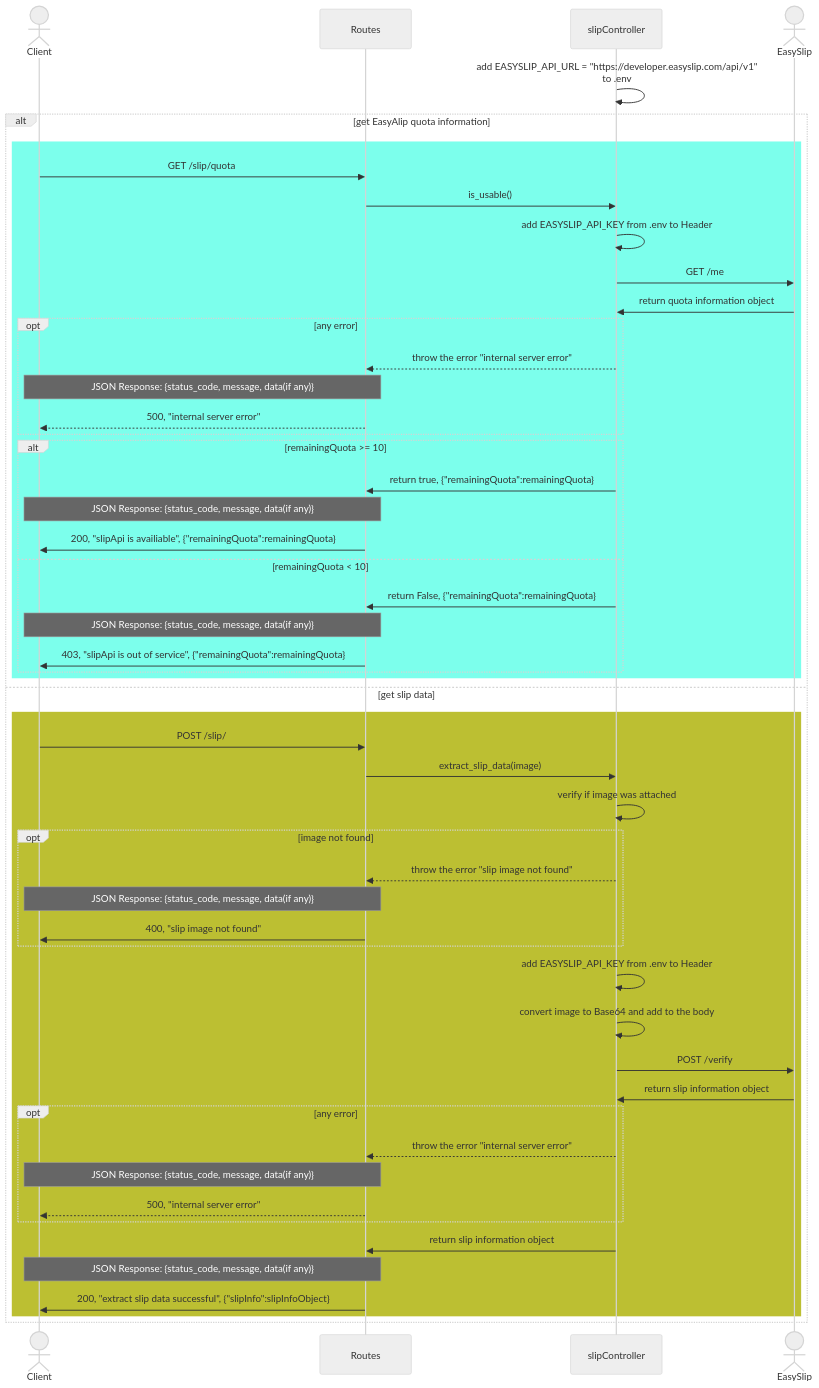
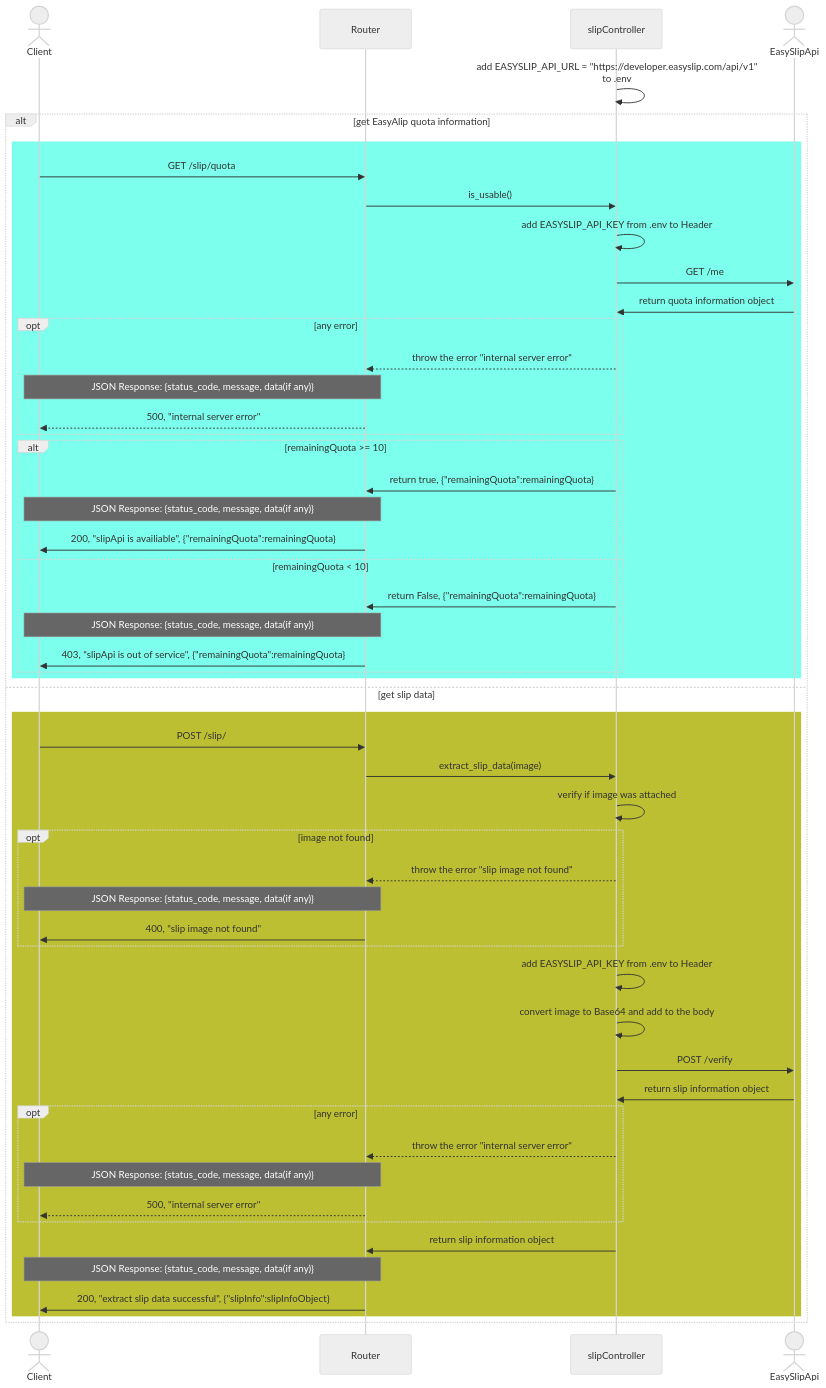
One commit to SawatKia/WealthTracking changed the diagram in design/api/EasySlip.mmd. Above: the diagram before and after it, drawn with Mermaid (neutral theme). The commit also changed 7 other files, not shown here.

Commit message:
change Routes to Router

```diff
--- a/design/api/EasySlip.mmd
+++ b/design/api/EasySlip.mmd
@@ -1,54 +1,54 @@
 sequenceDiagram
     Actor Client
-    participant Routes
+    participant Router
     participant Cont as slipController
-    Actor Api as EasySlip
+    Actor Api as EasySlipApi
 
     Cont->>Cont: add EASYSLIP_API_URL = "https://developer.easyslip.com/api/v1"<br>to .env
     alt get EasyAlip quota information
         rect rgb(124,255,236)
-            Client->>Routes: GET /slip/quota
-            Routes->>Cont: is_usable()
+            Client->>Router: GET /slip/quota
+            Router->>Cont: is_usable()
             Cont->>Cont: add EASYSLIP_API_KEY from .env to Header
             Cont->>Api: GET /me
             Api->>Cont: return quota information object
             opt any error
-                Cont-->>Routes: throw the error "internal server error"
-                Note over Routes,Client: JSON Response: {status_code, message, data(if any)}
-                Routes-->>Client: 500, "internal server error"
+                Cont-->>Router: throw the error "internal server error"
+                Note over Router,Client: JSON Response: {status_code, message, data(if any)}
+                Router-->>Client: 500, "internal server error"
             end
             alt remainingQuota >= 10
-                Cont->>Routes: return true, {"remainingQuota":remainingQuota}
-                Note over Routes,Client: JSON Response: {status_code, message, data(if any)}
-                Routes->>Client: 200, "slipApi is availiable", {"remainingQuota":remainingQuota} 
+                Cont->>Router: return true, {"remainingQuota":remainingQuota}
+                Note over Router,Client: JSON Response: {status_code, message, data(if any)}
+                Router->>Client: 200, "slipApi is availiable", {"remainingQuota":remainingQuota} 
             else remainingQuota < 10
-                Cont->>Routes: return False, {"remainingQuota":remainingQuota}
-                Note over Routes,Client: JSON Response: {status_code, message, data(if any)}
-                Routes->>Client: 403, "slipApi is out of service", {"remainingQuota":remainingQuota}
+                Cont->>Router: return False, {"remainingQuota":remainingQuota}
+                Note over Router,Client: JSON Response: {status_code, message, data(if any)}
+                Router->>Client: 403, "slipApi is out of service", {"remainingQuota":remainingQuota}
             end
 
         end
     else get slip data
         rect rgb(188,191,50)
-            Client->>Routes: POST /slip/
-            Routes->>Cont: extract_slip_data(image)
+            Client->>Router: POST /slip/
+            Router->>Cont: extract_slip_data(image)
             Cont->>Cont: verify if image was attached
             opt image not found
-                Cont-->>Routes:throw the error "slip image not found"
-                Note over Routes,Client: JSON Response: {status_code, message, data(if any)}
-                Routes->>Client: 400, "slip image not found"
+                Cont-->>Router:throw the error "slip image not found"
+                Note over Router,Client: JSON Response: {status_code, message, data(if any)}
+                Router->>Client: 400, "slip image not found"
             end
             Cont->>Cont: add EASYSLIP_API_KEY from .env to Header
             Cont->>Cont: convert image to Base64 and add to the body
             Cont->>Api: POST /verify
             Api->>Cont: return slip information object
             opt any error
-                Cont-->>Routes: throw the error "internal server error"
-                Note over Routes,Client: JSON Response: {status_code, message, data(if any)}
-                Routes-->>Client: 500, "internal server error"
+                Cont-->>Router: throw the error "internal server error"
+                Note over Router,Client: JSON Response: {status_code, message, data(if any)}
+                Router-->>Client: 500, "internal server error"
             end
-            Cont->>Routes: return slip information object
-            Note over Routes,Client: JSON Response: {status_code, message, data(if any)}
-            Routes->>Client: 200, "extract slip data successful", {"slipInfo":slipInfoObject}
+            Cont->>Router: return slip information object
+            Note over Router,Client: JSON Response: {status_code, message, data(if any)}
+            Router->>Client: 200, "extract slip data successful", {"slipInfo":slipInfoObject}
         end
     end
```
